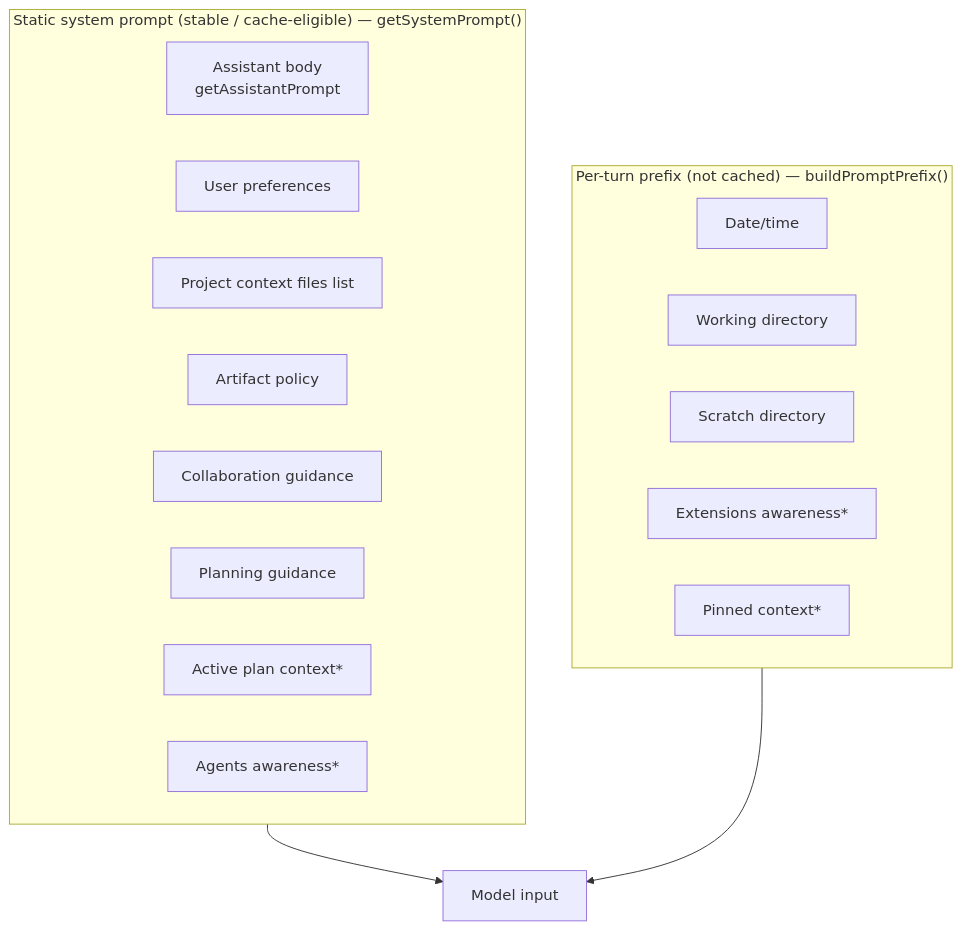
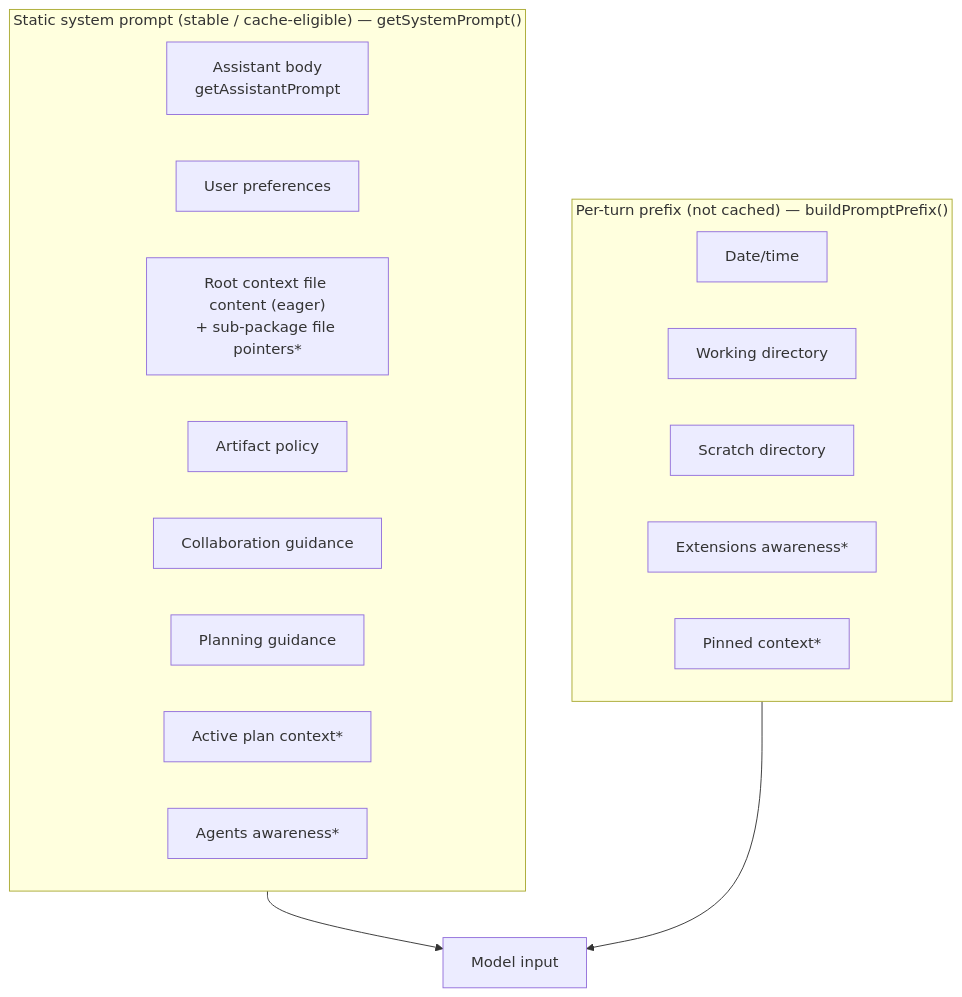
Before and after one commit to thehope2k/minimalist-agent: the diagram in docs/SYSTEM-PROMPT.md, drawn with Mermaid. The commit also changed other lines of this file and 1 other file, not shown here.

First line of the commit message:
feat(agent): eagerly inject root context files into system prompt

````diff
--- a/docs/SYSTEM-PROMPT.md
+++ b/docs/SYSTEM-PROMPT.md
@@ -37,22 +37,22 @@
 ```mermaid
 graph TD
     subgraph STATIC["Static system prompt (stable / cache-eligible) — getSystemPrompt()"]
         BODY[Assistant body<br/>getAssistantPrompt]
         PREFS[User preferences]
-        CTX[Project context files list]
+        CTX["Root context file content (eager)<br/>+ sub-package file pointers*"]
         ART[Artifact policy]
         COLLAB[Collaboration guidance]
         PLAN[Planning guidance]
         PLANCTX[Active plan context*]
         AGENTS[Agents awareness*]
     end
     subgraph TURN["Per-turn prefix (not cached) — buildPromptPrefix()"]
         DT[Date/time]
         WD[Working directory]
         SCRATCH[Scratch directory]
         EXT[Extensions awareness*]
         PINNED[Pinned context*]
     end
     STATIC --> MSG[Model input]
     TURN --> MSG
 ```
````
